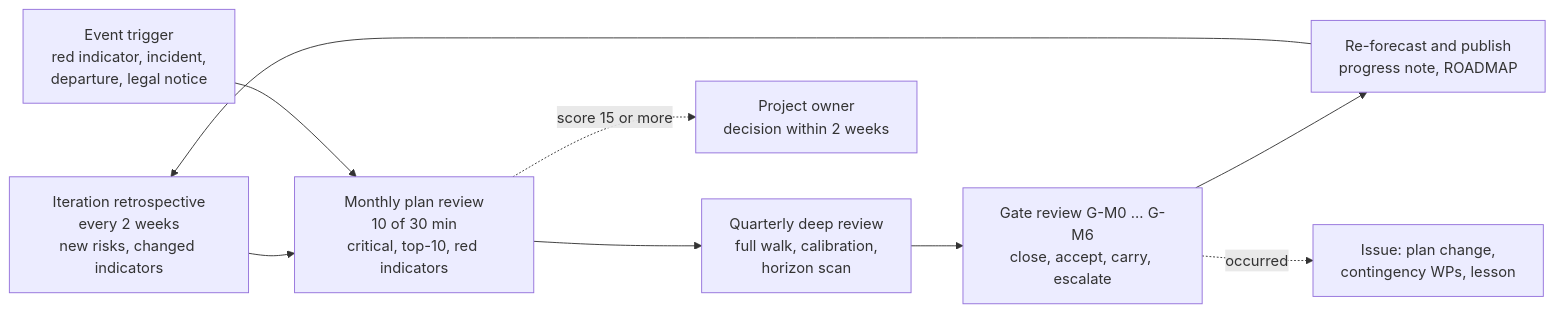
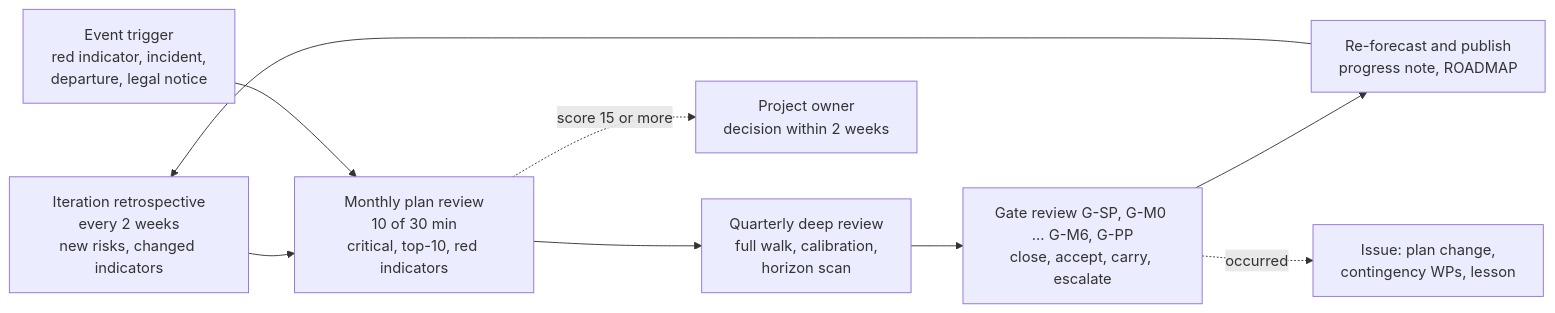
One commit to Ironkode787/ElektraWatt changed the second of 2 diagrams in docs/plan/04-risk-register.md. Above: the diagram before and after it, drawn with Mermaid. The commit also changed other lines of this file and 44 other files, not shown here.

````diff
--- a/docs/plan/04-risk-register.md
+++ b/docs/plan/04-risk-register.md
@@ -549,11 +568,11 @@
 ```mermaid
 flowchart LR
   A["Iteration retrospective<br/>every 2 weeks<br/>new risks, changed indicators"] --> B["Monthly plan review<br/>10 of 30 min<br/>critical, top-10, red indicators"]
   B --> C["Quarterly deep review<br/>full walk, calibration,<br/>horizon scan"]
-  C --> D["Gate review G-M0 ... G-M6<br/>close, accept, carry, escalate"]
+  C --> D["Gate review G-SP, G-M0 ... G-M6, G-PP<br/>close, accept, carry, escalate"]
   D --> E["Re-forecast and publish<br/>progress note, ROADMAP"]
   E --> A
   X["Event trigger<br/>red indicator, incident,<br/>departure, legal notice"] --> B
   B -. "score 15 or more" .-> P["Project owner<br/>decision within 2 weeks"]
   D -. "occurred" .-> F["Issue: plan change,<br/>contingency WPs, lesson"]
 ```
````
